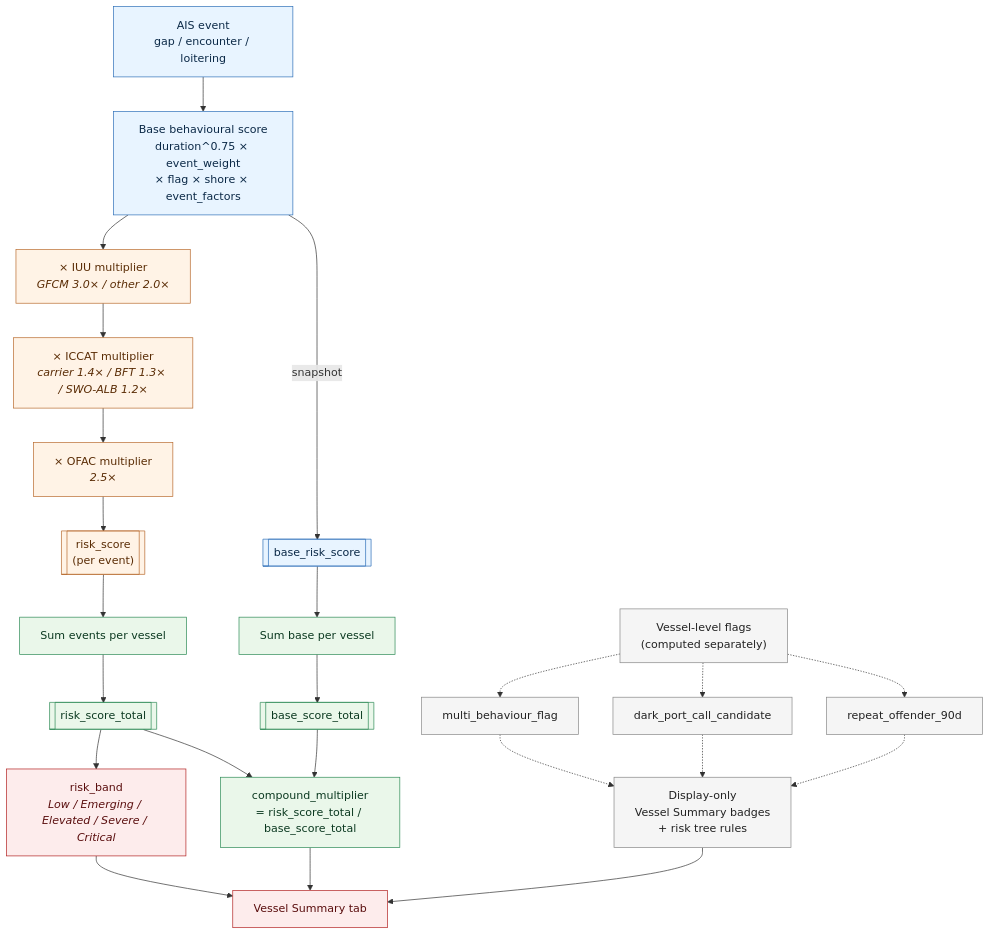
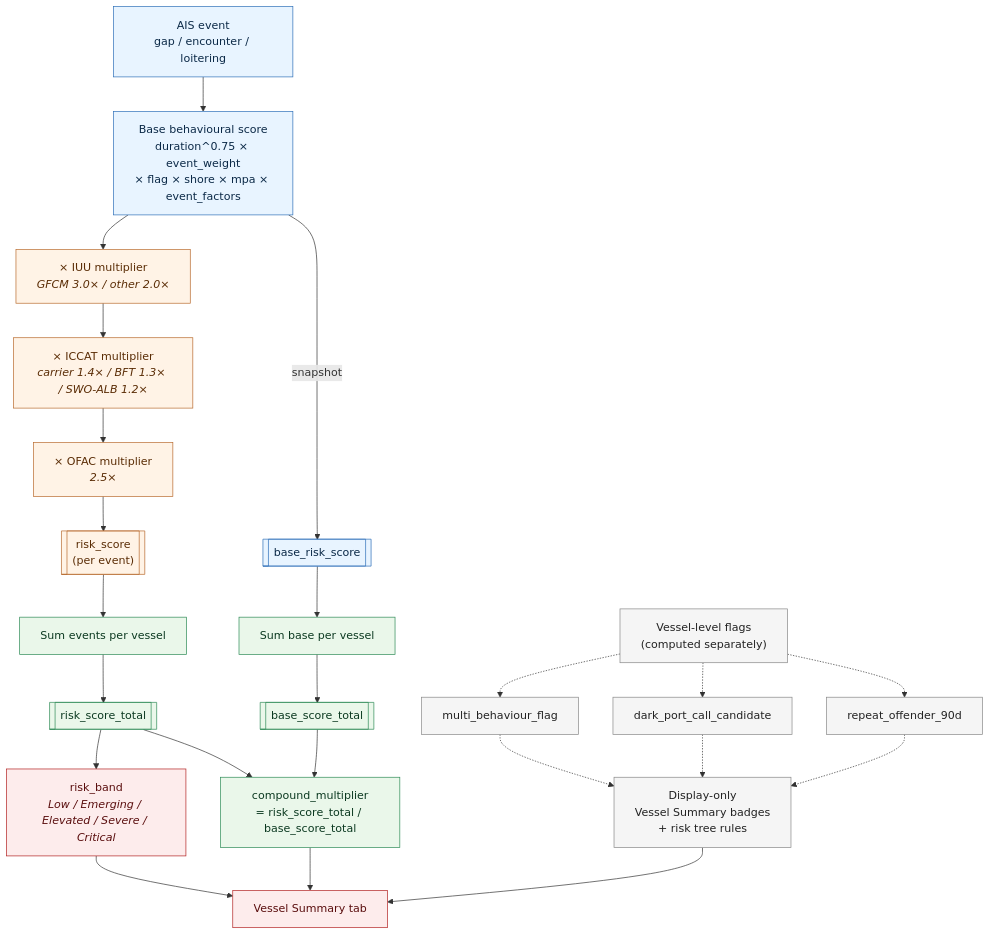
Before and after one commit to emantzoo/med-vessel-behaviour-monitor: the first of 2 diagrams in handout.md, drawn with Mermaid. The commit also changed other lines of this file and 8 other files, not shown here.

````diff
--- a/handout.md
+++ b/handout.md
@@ -24,39 +24,39 @@
 ```mermaid
 flowchart TD
-    A["AIS event<br/>gap / encounter / loitering"] --> B["Base behavioural score<br/>duration^0.75 × event_weight<br/>× flag × shore × event_factors"]
+    A["AIS event<br/>gap / encounter / loitering"] --> B["Base behavioural score<br/>duration^0.75 × event_weight<br/>× flag × shore × mpa × event_factors"]
     B -->|snapshot| C[["base_risk_score"]]
     B --> D["× IUU multiplier<br/><i>GFCM 3.0× / other 2.0×</i>"]
     D --> E["× ICCAT multiplier<br/><i>carrier 1.4× / BFT 1.3× / SWO-ALB 1.2×</i>"]
     E --> F["× OFAC multiplier<br/><i>2.5×</i>"]
     F --> G[["risk_score<br/>(per event)"]]
 
     G --> H[Sum events per vessel]
     C --> I[Sum base per vessel]
     H --> J[[risk_score_total]]
     I --> K[[base_score_total]]
     J --> L["compound_multiplier<br/>= risk_score_total / base_score_total"]
     K --> L
     J --> M["risk_band<br/><i>Low / Emerging / Elevated / Severe / Critical</i>"]
 
     N["Vessel-level flags<br/>(computed separately)"] -.-> O[multi_behaviour_flag]
     N -.-> P[dark_port_call_candidate]
     N -.-> Q[repeat_offender_90d]
     O -.-> R["Display-only<br/>Vessel Summary badges<br/>+ risk tree rules"]
     P -.-> R
     Q -.-> R
 
     M --> S[Vessel Summary tab]
     L --> S
     R --> S
 
     classDef behav fill:#e8f4ff,stroke:#2e6fb8,color:#0b2947
     classDef compliance fill:#fff3e6,stroke:#b86a2e,color:#5a2c05
     classDef agg fill:#eaf7ea,stroke:#2e8b57,color:#0b3920
     classDef band fill:#fdecec,stroke:#b22222,color:#5a0e0e
     classDef flag fill:#f5f5f5,stroke:#888,color:#222
     class A,B,C behav
     class D,E,F,G compliance
     class H,I,J,K,L agg
     class M,S band
     class N,O,P,Q,R flag
 ```
````
